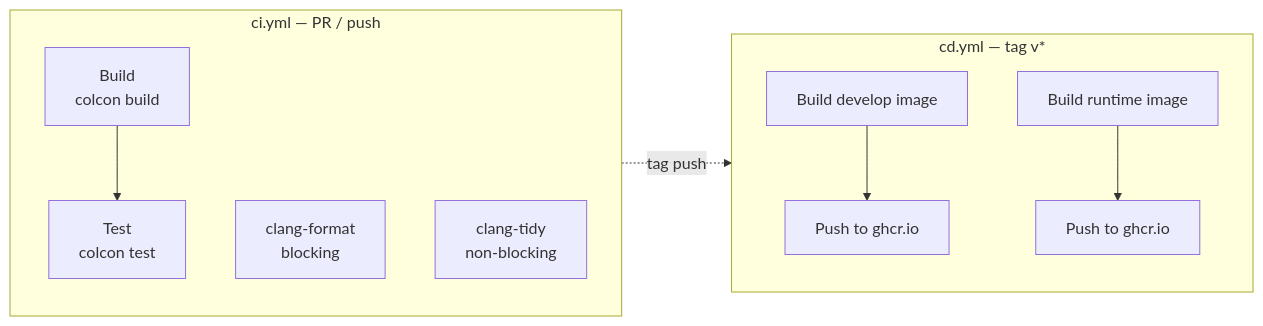
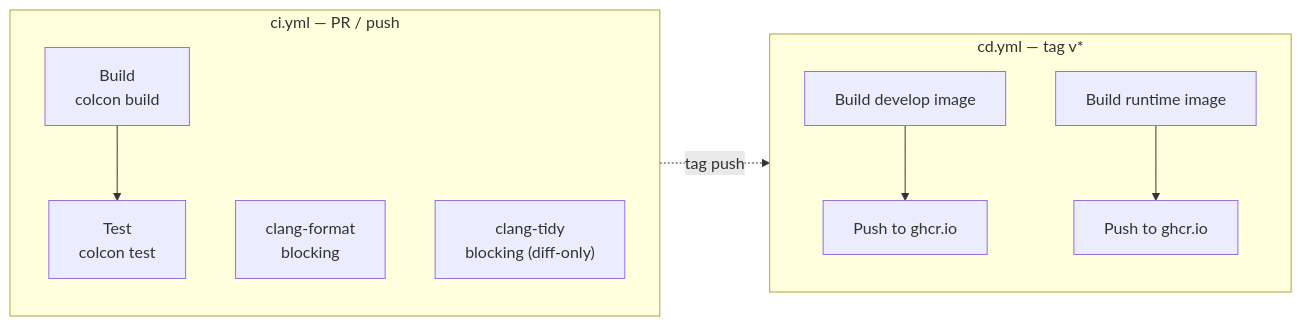
One commit to sunyuming53-byte/the_first_box changed the third of 4 diagrams in README.md. Above: the diagram before and after it, drawn with Mermaid. The commit also changed other lines of this file, not shown here.

Commit message:
docs(readme): dissolve realman_calibration, reflect blocking clang-tidy, add calib/calibration dirs

````diff
--- a/README.md
+++ b/README.md
@@ -539,15 +552,15 @@
 ```mermaid
 flowchart LR
     subgraph CI["ci.yml — PR / push"]
         B["Build<br/>colcon build"] --> T["Test<br/>colcon test"]
         F["clang-format<br/>blocking"] 
-        CT["clang-tidy<br/>non-blocking"]
+        CT["clang-tidy<br/>blocking (diff-only)"]
     end
 
     subgraph CD["cd.yml — tag v*"]
         DEV["Build develop image"] --> PUSH1["Push to ghcr.io"]
         RT["Build runtime image"] --> PUSH2["Push to ghcr.io"]
     end
 
     CI -.->|tag push| CD
 ```
````
